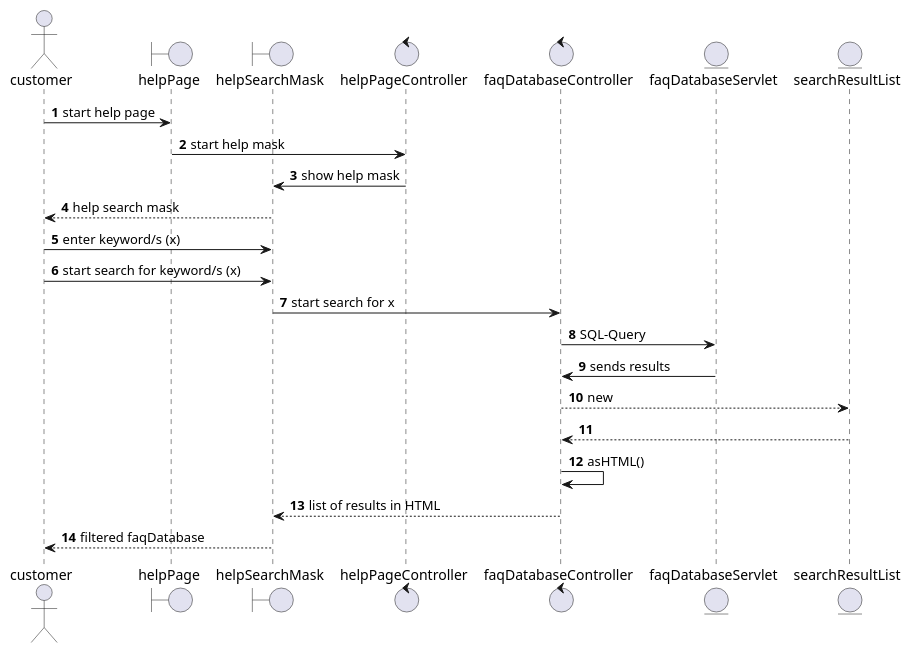
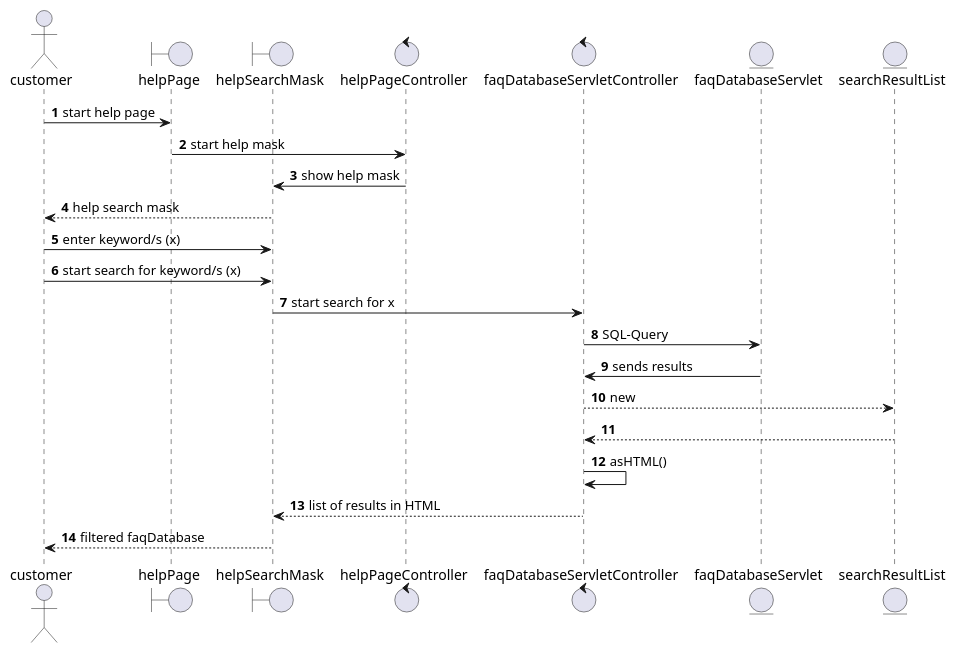
The diagram in src/main/team_space/exercise5/sd_FilterHelpPage.puml (1nbetw33n/Parkhaus_new), drawn with PlantUML before and after one commit. The commit also changed 1 other file, not shown here.

Commit message:
Added methods + instance variables to cd_FilterHelpPage.puml Minor fixes in sd_FilterHelpPage.puml to equal cd_FilterHelpPage.puml

```diff
--- a/src/main/team_space/exercise5/sd_FilterHelpPage.puml
+++ b/src/main/team_space/exercise5/sd_FilterHelpPage.puml
@@ -1,32 +1,32 @@
 @startuml
 'https://plantuml.com/sequence-diagram
 
 
 actor customer
 boundary helpPage
 boundary helpSearchMask
 control helpPageController
-control faqDatabaseController
+control faqDatabaseServletController
 entity faqDatabaseServlet
 
 
 
 entity searchResultList
 
 autonumber
 
 customer -> helpPage: start help page
 helpPage -> helpPageController: start help mask
 helpSearchMask <- helpPageController: show help mask
 customer <-- helpSearchMask: help search mask
 customer -> helpSearchMask: enter keyword/s (x)
 customer -> helpSearchMask: start search for keyword/s (x)
-helpSearchMask -> faqDatabaseController : start search for x
-faqDatabaseController -> faqDatabaseServlet: SQL-Query
-faqDatabaseServlet -> faqDatabaseController: sends results
-faqDatabaseController --> searchResultList: new
-searchResultList --> faqDatabaseController:
-faqDatabaseController -> faqDatabaseController : asHTML()
-faqDatabaseController --> helpSearchMask: list of results in HTML
+helpSearchMask -> faqDatabaseServletController : start search for x
+faqDatabaseServletController -> faqDatabaseServlet: SQL-Query
+faqDatabaseServlet -> faqDatabaseServletController: sends results
+faqDatabaseServletController --> searchResultList: new
+searchResultList --> faqDatabaseServletController:
+faqDatabaseServletController -> faqDatabaseServletController : asHTML()
+faqDatabaseServletController --> helpSearchMask: list of results in HTML
 helpSearchMask --> customer: filtered faqDatabase
 @enduml
```
